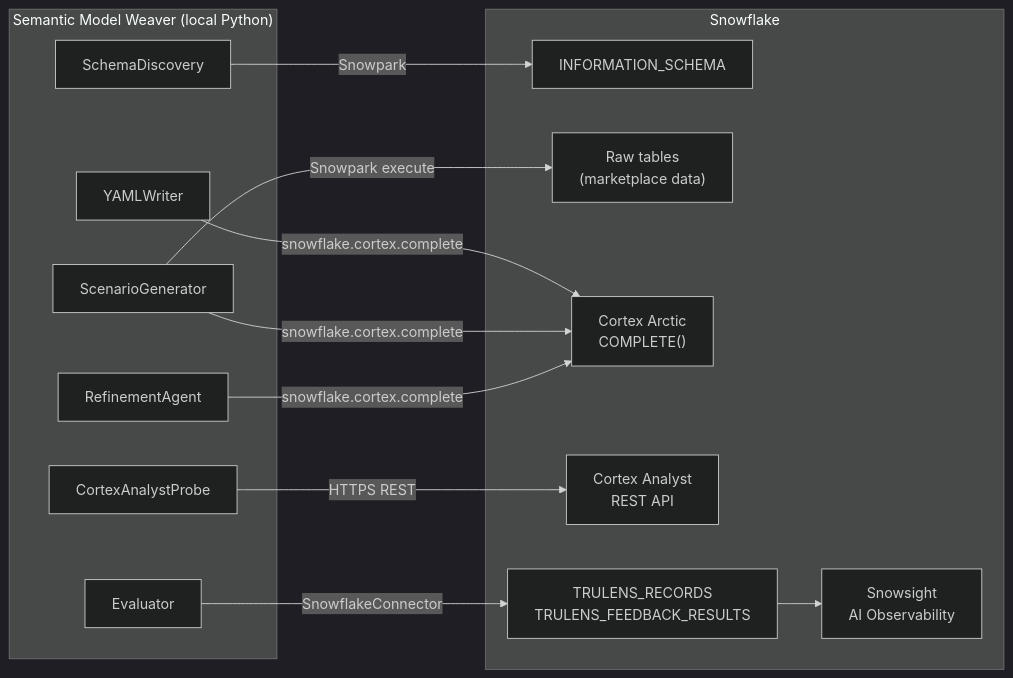
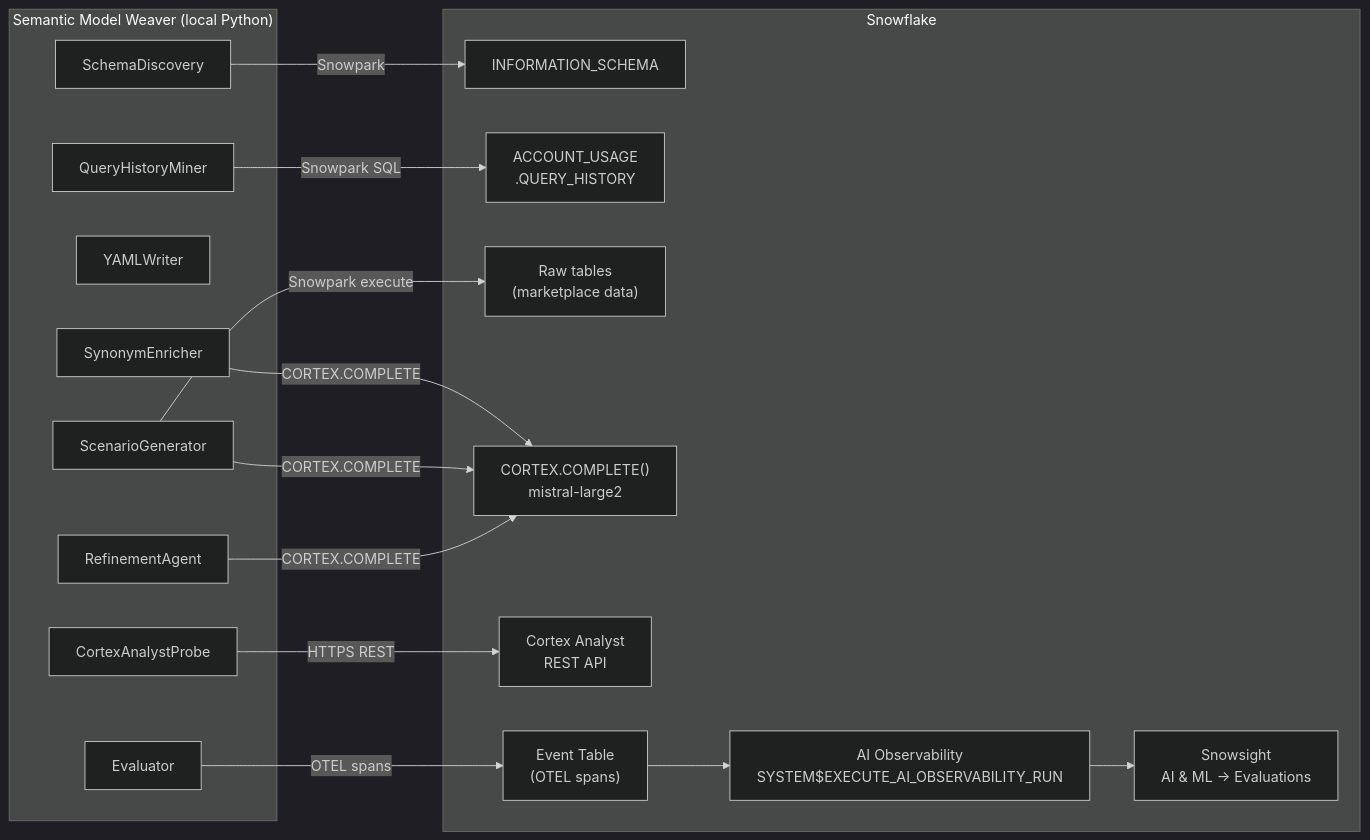
Before and after one commit to CynicDog/semantic-model-weaver: diagram 13 of 13 in .claude/architecture/ARCHITECTURE.md, drawn with Mermaid (dark theme). The commit also changed other lines of this file and 21 other files, not shown here.

````diff
--- a/.claude/architecture/ARCHITECTURE.md
+++ b/.claude/architecture/ARCHITECTURE.md
@@ -545,29 +671,34 @@
 ```mermaid
 flowchart LR
     subgraph weaver["Semantic Model Weaver (local Python)"]
         disc2["SchemaDiscovery"]
+        qh2["QueryHistoryMiner"]
         writer2["YAMLWriter"]
+        enrich2["SynonymEnricher"]
         scen2["ScenarioGenerator"]
         probe2["CortexAnalystProbe"]
         eval2["Evaluator"]
         refiner2["RefinementAgent"]
     end
 
     subgraph snowflake2["Snowflake"]
         IS2["INFORMATION_SCHEMA"]
+        AU["ACCOUNT_USAGE\n.QUERY_HISTORY"]
         RAW["Raw tables\n(marketplace data)"]
-        ARC2["Cortex Arctic\nCOMPLETE()"]
+        CX["CORTEX.COMPLETE()\nmistral-large2"]
         CA2["Cortex Analyst\nREST API"]
-        TL2["TRULENS_RECORDS\nTRULENS_FEEDBACK_RESULTS"]
-        SS["Snowsight\nAI Observability"]
+        ET["Event Table\n(OTEL spans)"]
+        OBS["AI Observability\nSYSTEM$EXECUTE_AI_OBSERVABILITY_RUN"]
+        SS["Snowsight\nAI & ML → Evaluations"]
     end
 
     disc2 -->|Snowpark| IS2
+    qh2 -->|Snowpark SQL| AU
     scen2 -->|Snowpark execute| RAW
-    writer2 -->|snowflake.cortex.complete| ARC2
-    scen2 -->|snowflake.cortex.complete| ARC2
-    refiner2 -->|snowflake.cortex.complete| ARC2
+    enrich2 -->|CORTEX.COMPLETE| CX
+    scen2 -->|CORTEX.COMPLETE| CX
+    refiner2 -->|CORTEX.COMPLETE| CX
     probe2 -->|HTTPS REST| CA2
-    eval2 -->|SnowflakeConnector| TL2
-    TL2 --> SS
+    eval2 -->|OTEL spans| ET
+    ET --> OBS --> SS
 ```
````
